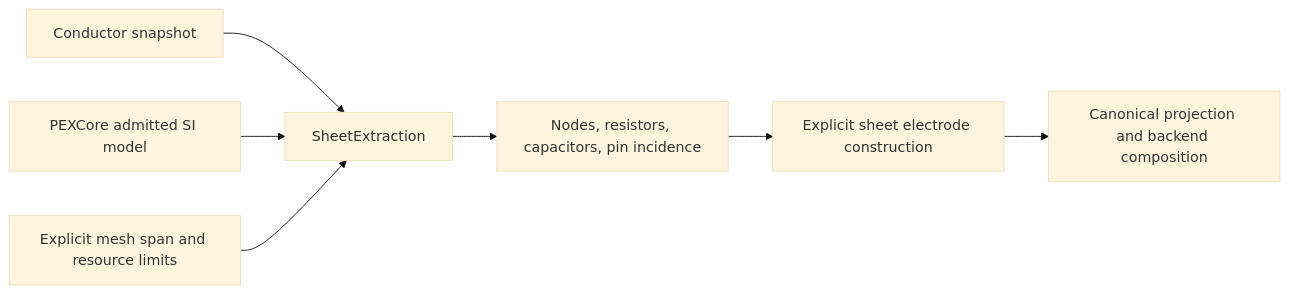
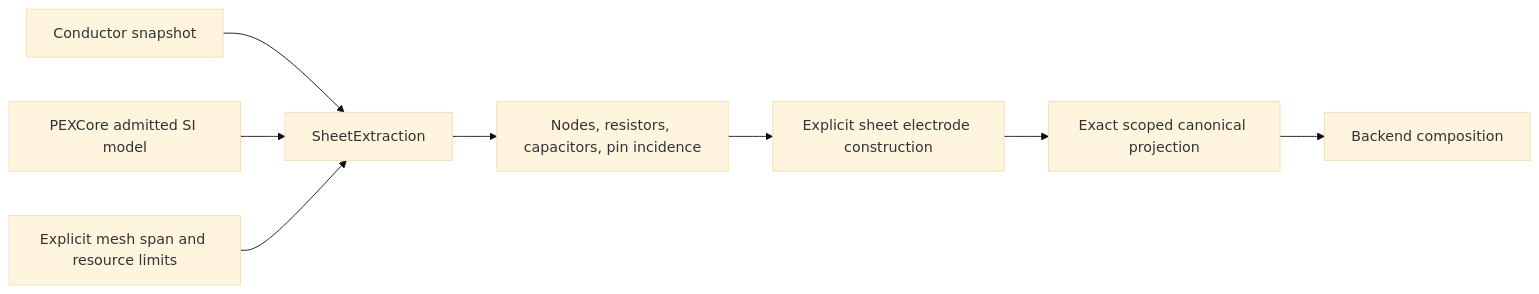
The diagram in Sources/PEXNative/DESIGN.md (1amageek/PEXEngine), drawn with Mermaid (base theme) before and after one commit. The commit also changed other lines of this file and 11 other files, not shown here.

Commit message:
Project exact native topology into canonical parasitic IR

````diff
--- a/Sources/PEXNative/DESIGN.md
+++ b/Sources/PEXNative/DESIGN.md
@@ -25,9 +26,10 @@
 ```mermaid
 flowchart LR
   Capture[Conductor snapshot] --> SheetExtraction
   Model[PEXCore admitted SI model] --> SheetExtraction
   Resolution[Explicit mesh span and resource limits] --> SheetExtraction
   SheetExtraction --> Network[Nodes, resistors, capacitors, pin incidence]
   Network --> Electrodes[Explicit sheet electrode construction]
-  Electrodes --> Adapter[Canonical projection and backend composition]
+  Electrodes --> Projection[Exact scoped canonical projection]
+  Projection --> Adapter[Backend composition]
 ```
````
